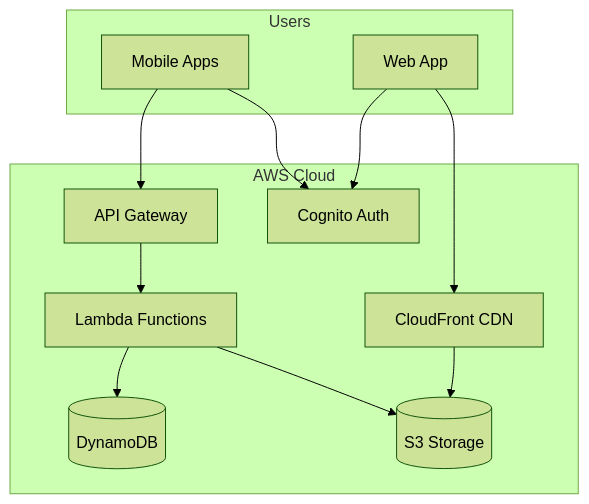
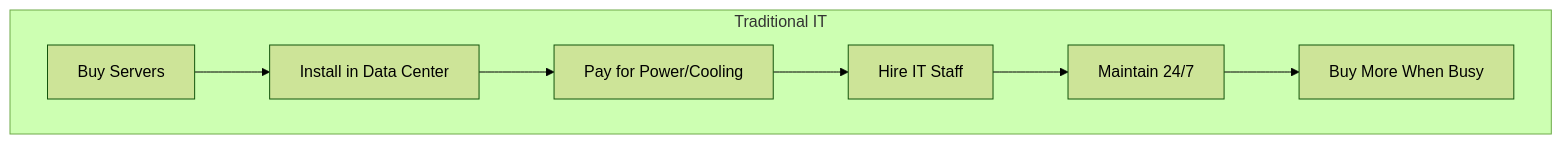
One commit to jonathanleahy/fullstack-monorepo changed the first of 5 diagrams in backend/data/courses/aws-certified-developer-associate/lessons/00-aws-fundamentals-and-developer-tools/content.md. Above: the diagram before and after it, drawn with Mermaid (forest theme). The commit also changed other lines of this file, not shown here.

First line of the commit message:
feat: rewrite AWS Fundamentals chapter with thorough teaching content

````diff
--- a/backend/data/courses/aws-certified-developer-associate/lessons/00-aws-fundamentals-and-developer-tools/content.md
+++ b/backend/data/courses/aws-certified-developer-associate/lessons/00-aws-fundamentals-and-developer-tools/content.md
@@ -57,25 +10,10 @@
 ```mermaid
 graph TB
-    subgraph "Users"
-        Web[Web App]
-        Mobile[Mobile Apps]
+    subgraph "Traditional IT"
+        Own[Buy Servers] --> Rack[Install in Data Center]
+        Rack --> Power[Pay for Power/Cooling]
+        Power --> Staff[Hire IT Staff]
+        Staff --> Maintain[Maintain 24/7]
+        Maintain --> Scale[Buy More When Busy]
     end
-
-    subgraph "AWS Cloud"
-        CF[CloudFront CDN]
-        APIGW[API Gateway]
-        Lambda[Lambda Functions]
-        DDB[(DynamoDB)]
-        S3[(S3 Storage)]
-        Cognito[Cognito Auth]
-    end
-
-    Web --> CF
-    Mobile --> APIGW
-    CF --> S3
-    APIGW --> Lambda
-    Lambda --> DDB
-    Lambda --> S3
-    Web --> Cognito
-    Mobile --> Cognito
 ```
````
